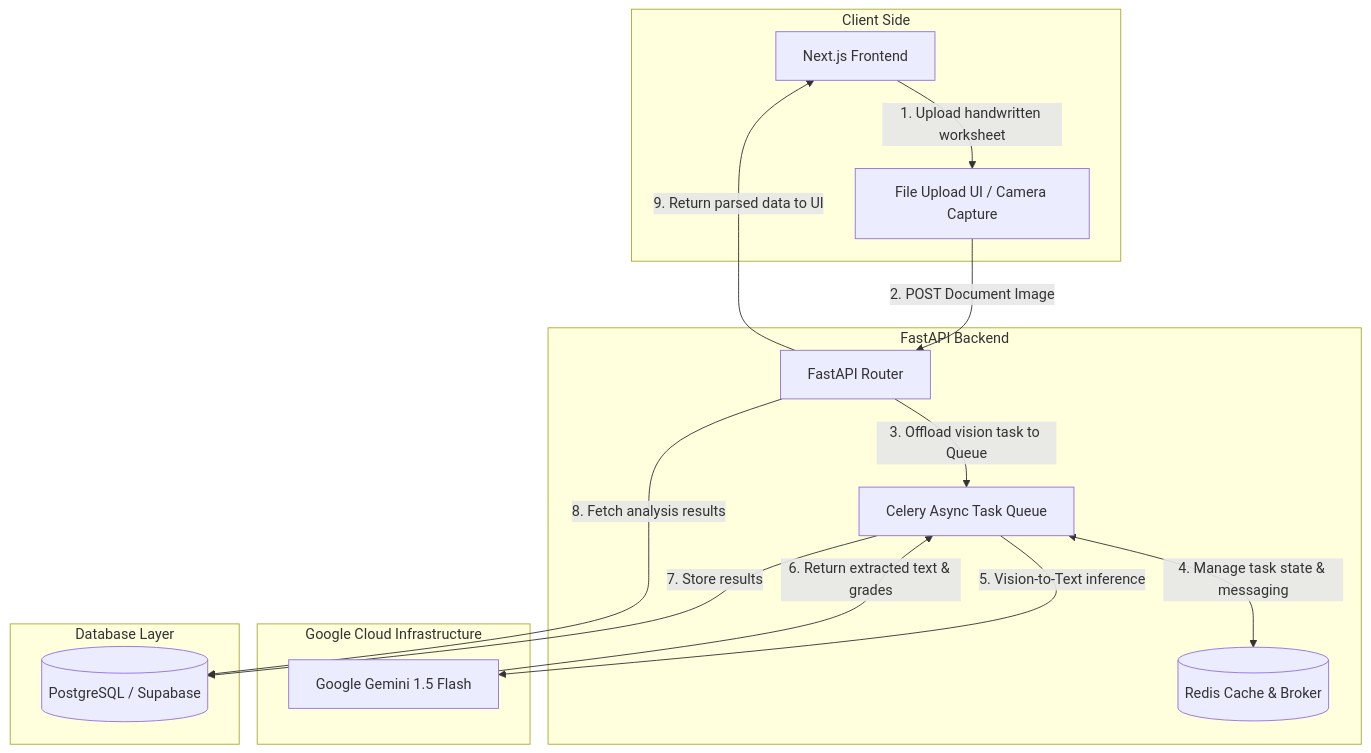
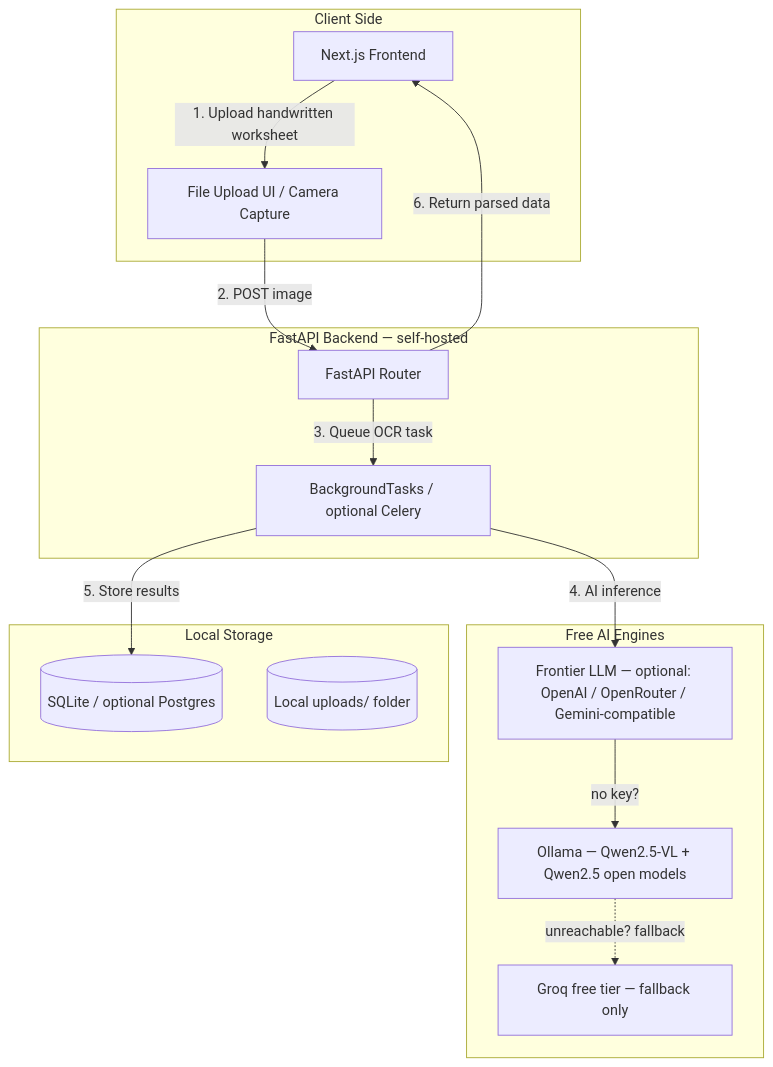
Before and after one commit to haroon2109/Kagaz-AI: the diagram in README.md, drawn with Mermaid. The commit also changed other lines of this file and 80 other files, not shown here.

First line of the commit message:
feat: learning loop, e2e test suites, and free-tier deploy hardening

````diff
--- a/README.md
+++ b/README.md
@@ -27,31 +55,32 @@
 ```mermaid
 graph TD
     subgraph Client [Client Side]
         UI[Next.js Frontend]
         Upload[File Upload UI / Camera Capture]
     end
 
-    subgraph Backend [FastAPI Backend]
+    subgraph Backend [FastAPI Backend — self-hosted]
         API[FastAPI Router]
-        Queue[Celery Async Task Queue]
-        Cache[(Redis Cache & Broker)]
+        Queue[BackgroundTasks / optional Celery]
     end
 
-    subgraph AI [Google Cloud Infrastructure]
-        Gemini[Google Gemini 1.5 Flash]
+    subgraph AI [Free AI Engines]
+        Frontier[Frontier LLM — optional: OpenAI / OpenRouter / Gemini-compatible]
+        Ollama[Ollama — Qwen2.5-VL + Qwen2.5 open models]
+        Groq[Groq free tier — fallback only]
     end
 
-    subgraph DB [Database Layer]
-        Supabase[(PostgreSQL / Supabase)]
+    subgraph DB [Local Storage]
+        SQLite[(SQLite / optional Postgres)]
+        Files[(Local uploads/ folder)]
     end
 
     UI -->|1. Upload handwritten worksheet| Upload
-    Upload -->|2. POST Document Image| API
-    API -->|3. Offload vision task to Queue| Queue
-    Queue <-->|4. Manage task state & messaging| Cache
-    Queue -->|5. Vision-to-Text inference| Gemini
-    Gemini -->|6. Return extracted text & grades| Queue
-    Queue -->|7. Store results| Supabase
-    API -->|8. Fetch analysis results| Supabase
-    API -->|9. Return parsed data to UI| UI
+    Upload -->|2. POST image| API
+    API -->|3. Queue OCR task| Queue
+    Queue -->|4. AI inference| Frontier
+    Frontier -->|no key?| Ollama
+    Ollama -.->|unreachable? fallback| Groq
+    Queue -->|5. Store results| SQLite
+    API -->|6. Return parsed data| UI
 ```
````
